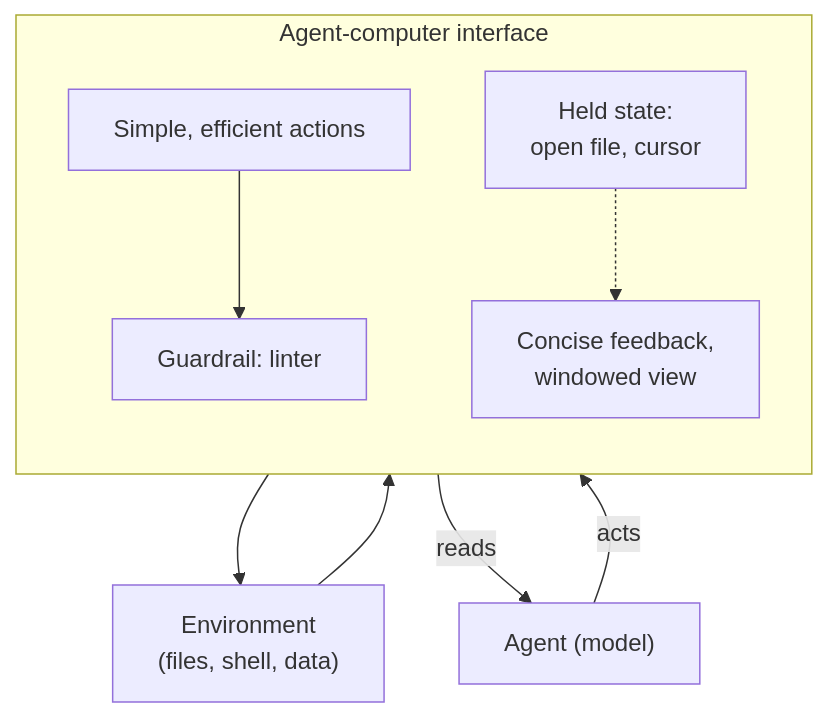
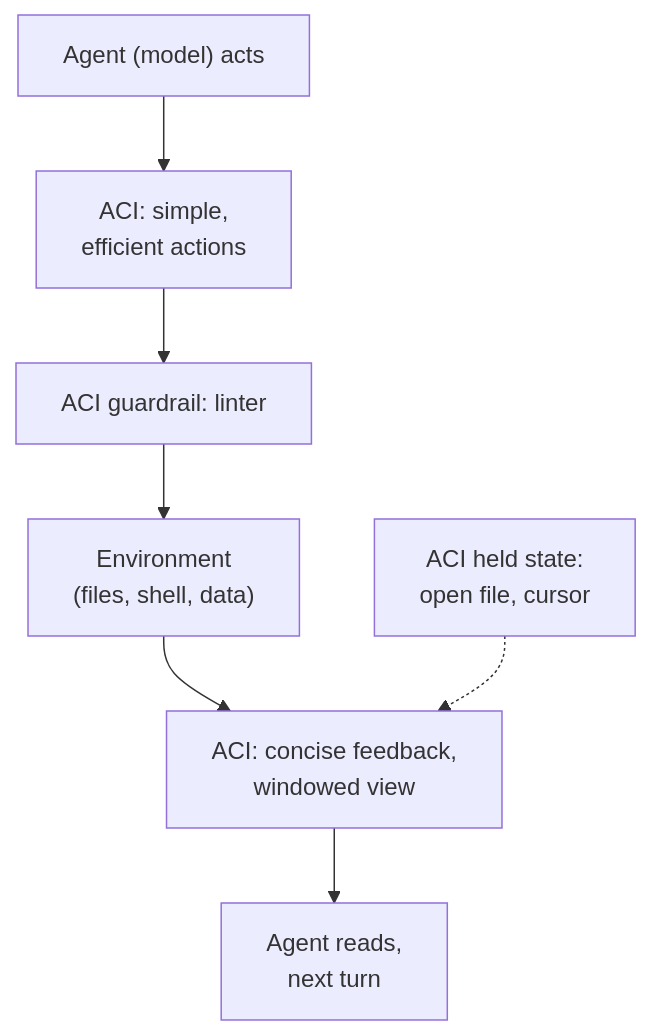
The diagram in diagrams/src/aci-channel.mmd (joshxinjie/agentic-harness-notes), drawn with Mermaid before and after one commit. The commit also changed 6 other files, not shown here.

```diff
--- a/diagrams/src/aci-channel.mmd
+++ b/diagrams/src/aci-channel.mmd
@@ -1,16 +1,10 @@
 flowchart TD
-    M["Agent (model)"]
-    subgraph A["Agent-computer interface"]
-        direction TB
-        ACT["Simple, efficient actions"]
-        OBS["Concise feedback,<br>windowed view"]
-        S["Held state:<br>open file, cursor"]
-        G["Guardrail: linter"]
-    end
+    M["Agent (model) acts"]
+    ACT["ACI: simple,<br>efficient actions"]
+    G["ACI guardrail: linter"]
     EN["Environment<br>(files, shell, data)"]
-    M -->|"acts"| ACT
-    ACT --> G
-    G --> EN
-    EN --> OBS
+    OBS["ACI: concise feedback,<br>windowed view"]
+    S["ACI held state:<br>open file, cursor"]
+    N["Agent reads,<br>next turn"]
+    M --> ACT --> G --> EN --> OBS --> N
     S -.-> OBS
-    OBS -->|"reads"| M
```
